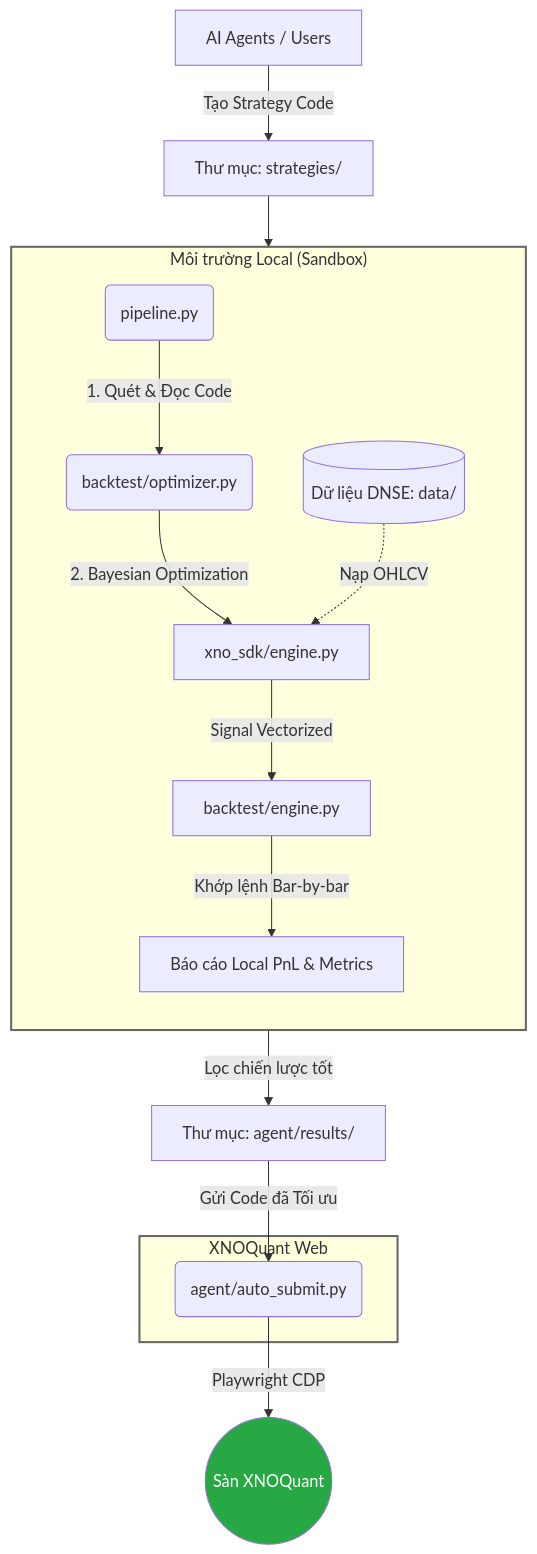
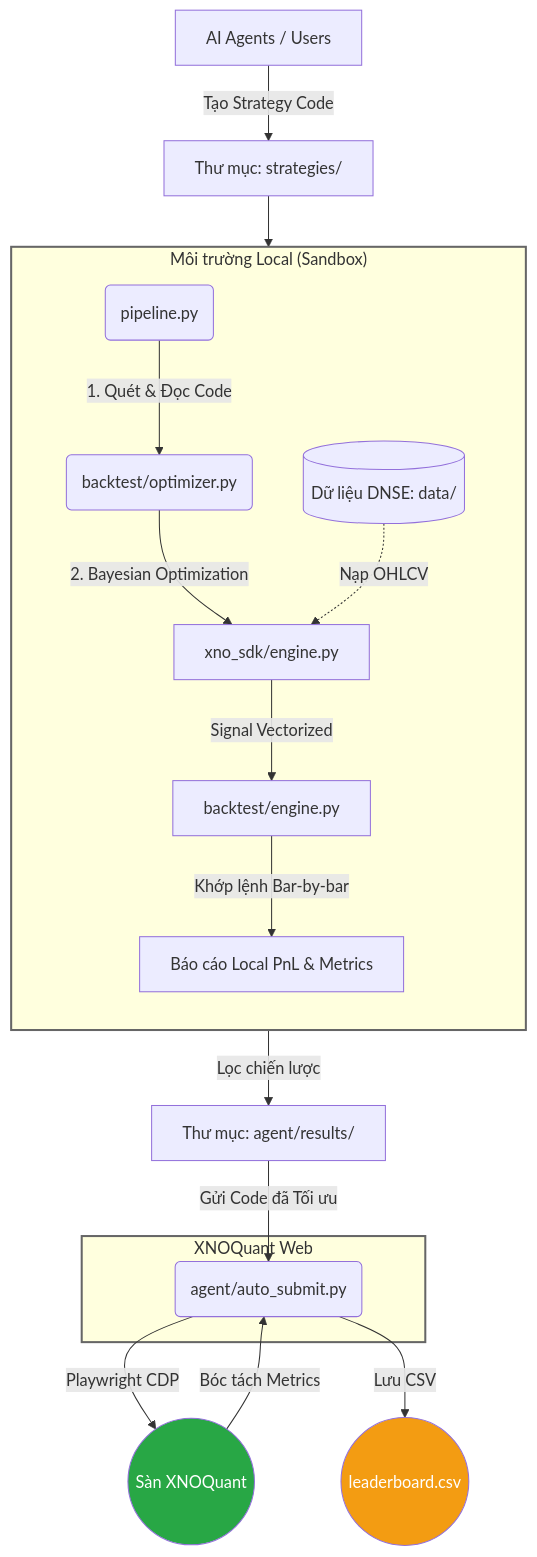
One commit to NguyenTrungAnh-ultra/alpha_farm changed the diagram in README.md. Above: the diagram before and after it, drawn with Mermaid. The commit also changed other lines of this file and 22 other files, not shown here.

````diff
--- a/README.md
+++ b/README.md
@@ -21,29 +9,32 @@
 ```mermaid
 graph TD
     subagent[AI Agents / Users] -->|Tạo Strategy Code| strats[Thư mục: strategies/]
     strats --> pipe(pipeline.py)
 
     subgraph Local_Environment ["Môi trường Local (Sandbox)"]
         direction TB
         pipe -->|1. Quét & Đọc Code| opt(backtest/optimizer.py)
         opt -->|2. Bayesian Optimization| xno_sdk[xno_sdk/engine.py]
 
         xno_sdk -->|Signal Vectorized| bt_engine[backtest/engine.py]
         bt_engine -->|Khớp lệnh Bar-by-bar| report[Báo cáo Local PnL & Metrics]
 
         data[(Dữ liệu DNSE: data/)] -.->|Nạp OHLCV| xno_sdk
     end
 
-    report -->|Lọc chiến lược tốt| agent_res[Thư mục: agent/results/]
+    report -->|Lọc chiến lược| agent_res[Thư mục: agent/results/]
 
     subgraph Web_Environment ["XNOQuant Web"]
         auto_sub(agent/auto_submit.py)
     end
 
     agent_res -->|Gửi Code đã Tối ưu| auto_sub
     auto_sub -->|Playwright CDP| xno_web((Sàn XNOQuant))
+    xno_web -->|Bóc tách Metrics| auto_sub
+    auto_sub -->|Lưu CSV| leaderboard((leaderboard.csv))
 
     style Local_Environment stroke:#666,stroke-width:2px
     style Web_Environment stroke:#666,stroke-width:2px
     style xno_web fill:#28a745,color:#fff
+    style leaderboard fill:#f39c12,color:#fff
 ```
````
